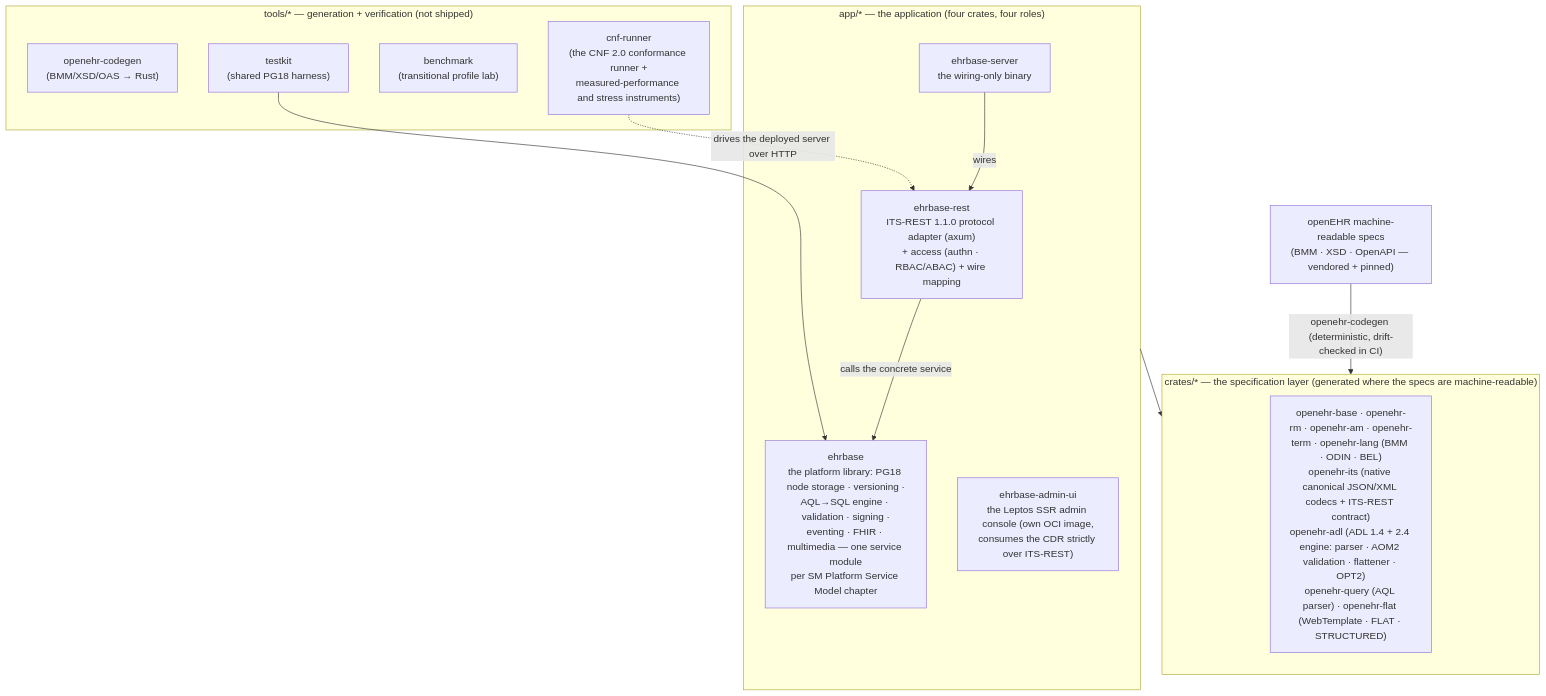
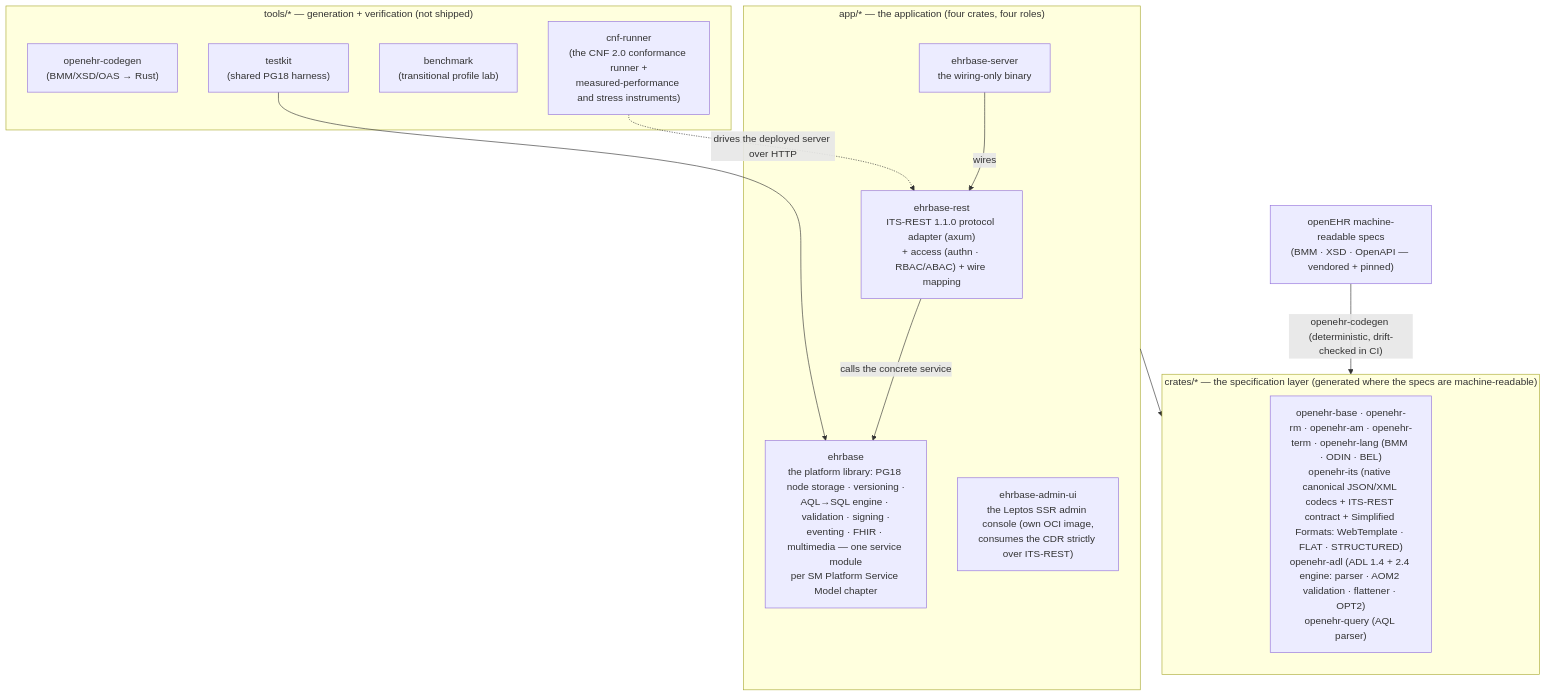
Before and after one commit to rubentalstra/FerroEHR: the diagram in README.md, drawn with Mermaid. The commit also changed 238 other files, not shown here.

````diff
--- a/README.md
+++ b/README.md
@@ -227,29 +227,29 @@
 ```mermaid
 flowchart TB
     specs["openEHR machine-readable specs<br/>(BMM · XSD · OpenAPI — vendored + pinned)"]
 
     subgraph crates ["crates/* — the specification layer (generated where the specs are machine-readable)"]
-        openehr["openehr-base · openehr-rm · openehr-am · openehr-term · openehr-lang (BMM · ODIN · BEL)<br/>openehr-its (native canonical JSON/XML codecs + ITS-REST contract)<br/>openehr-adl (ADL 1.4 + 2.4 engine: parser · AOM2 validation · flattener · OPT2)<br/>openehr-query (AQL parser) · openehr-flat (WebTemplate · FLAT · STRUCTURED)"]
+        openehr["openehr-base · openehr-rm · openehr-am · openehr-term · openehr-lang (BMM · ODIN · BEL)<br/>openehr-its (native canonical JSON/XML codecs + ITS-REST contract + Simplified Formats: WebTemplate · FLAT · STRUCTURED)<br/>openehr-adl (ADL 1.4 + 2.4 engine: parser · AOM2 validation · flattener · OPT2)<br/>openehr-query (AQL parser)"]
     end
 
     subgraph app ["app/* — the application (four crates, four roles)"]
         rest["ehrbase-rest<br/>ITS-REST 1.1.0 protocol adapter (axum)<br/>+ access (authn · RBAC/ABAC) + wire mapping"]
         core["ehrbase<br/>the platform library: PG18 node storage · versioning ·<br/>AQL→SQL engine · validation · signing ·<br/>eventing · FHIR · multimedia — one service module<br/>per SM Platform Service Model chapter"]
         bin["ehrbase-server<br/>the wiring-only binary"]
         adminui["ehrbase-admin-ui<br/>the Leptos SSR admin console (own OCI image,<br/>consumes the CDR strictly over ITS-REST)"]
     end
 
     subgraph tools ["tools/* — generation + verification (not shipped)"]
         codegen["openehr-codegen<br/>(BMM/XSD/OAS → Rust)"]
         conf["cnf-runner<br/>(the CNF 2.0 conformance runner +<br/>measured-performance and stress instruments)"]
         bench["benchmark<br/>(transitional profile lab)"]
         testkit["testkit<br/>(shared PG18 harness)"]
     end
 
     specs -- "openehr-codegen (deterministic, drift-checked in CI)" --> crates
     bin -- "wires" --> rest
     rest -- "calls the concrete service" --> core
     app --> crates
     conf -. "drives the deployed server over HTTP" .-> rest
     testkit --> core
 ```
````
